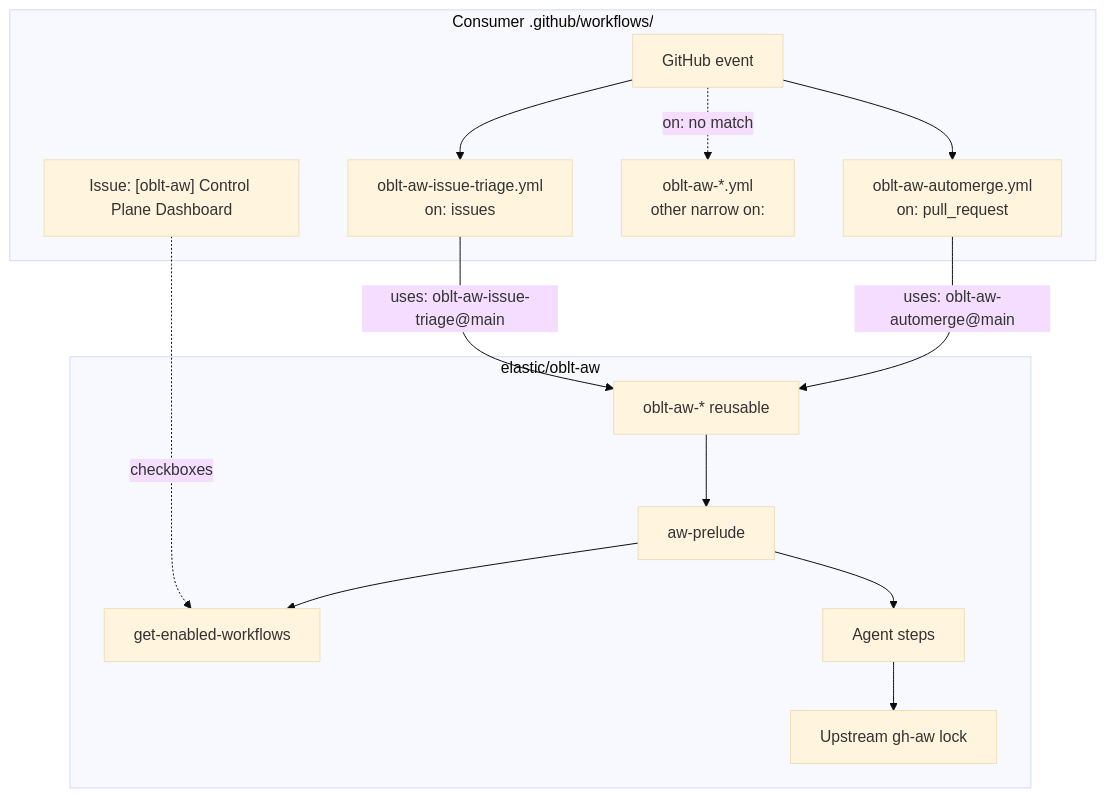
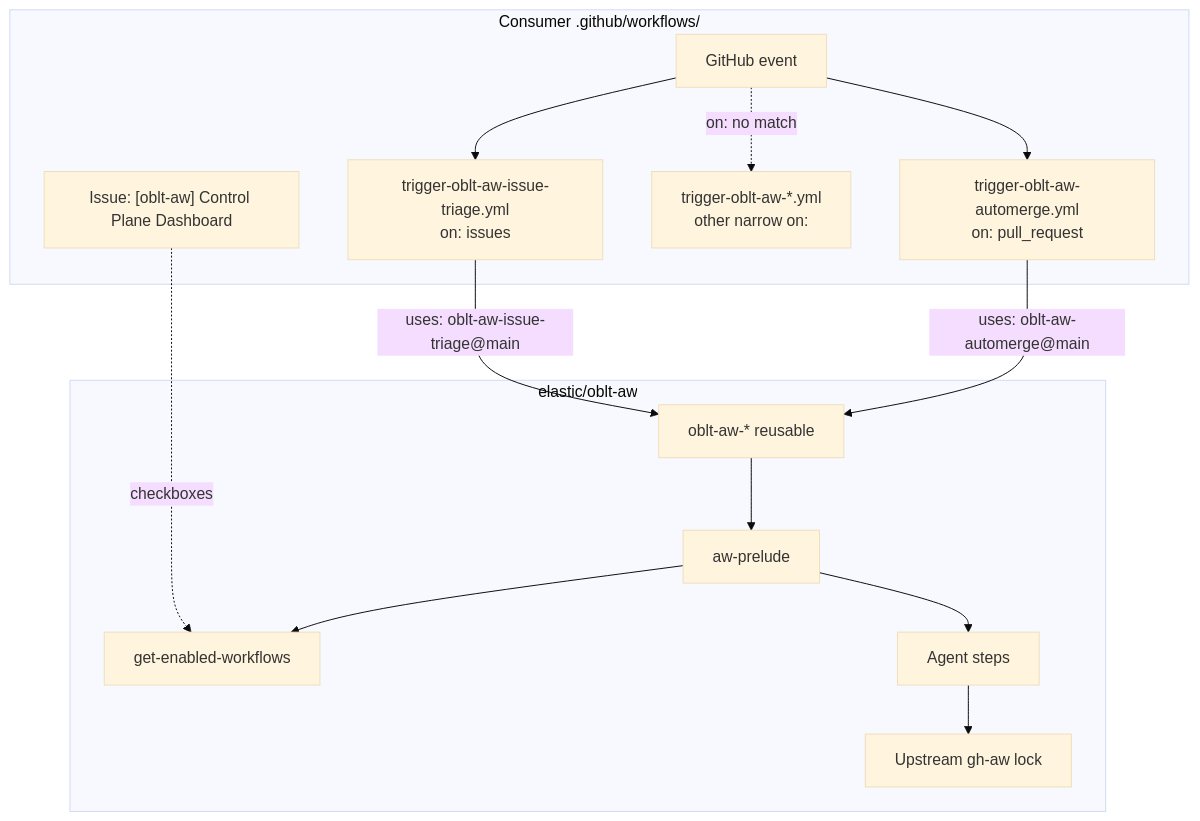
The diagram in docs/workflows/oblt-aw-client-template.md (elastic/oblt-aw), drawn with Mermaid (base theme) before and after one commit. The commit also changed other lines of this file and 50 other files, not shown here.

````diff
--- a/docs/workflows/oblt-aw-client-template.md
+++ b/docs/workflows/oblt-aw-client-template.md
@@ -21,27 +21,27 @@
 ```mermaid
 flowchart TB
   subgraph Consumer["Consumer .github/workflows/"]
     EVT["GitHub event"]
-    C_AUTO["oblt-aw-automerge.yml\non: pull_request"]
-    C_TRI["oblt-aw-issue-triage.yml\non: issues"]
-    C_OTHER["oblt-aw-*.yml\nother narrow on:"]
+    C_AUTO["trigger-oblt-aw-automerge.yml\non: pull_request"]
+    C_TRI["trigger-oblt-aw-issue-triage.yml\non: issues"]
+    C_OTHER["trigger-oblt-aw-*.yml\nother narrow on:"]
     DASH["Issue: [oblt-aw] Control Plane Dashboard"]
     EVT --> C_AUTO
     EVT --> C_TRI
     EVT -.->|on: no match| C_OTHER
   end
 
   subgraph OBLT["elastic/oblt-aw"]
     R["oblt-aw-* reusable"]
     PRE["aw-prelude"]
     GET["get-enabled-workflows"]
     AG["Agent steps"]
     LOCK["Upstream gh-aw lock"]
     R --> PRE --> GET
     PRE --> AG --> LOCK
   end
 
   DASH -.->|checkboxes| GET
   C_AUTO -->|uses: oblt-aw-automerge@main| R
   C_TRI -->|uses: oblt-aw-issue-triage@main| R
 ```
````
